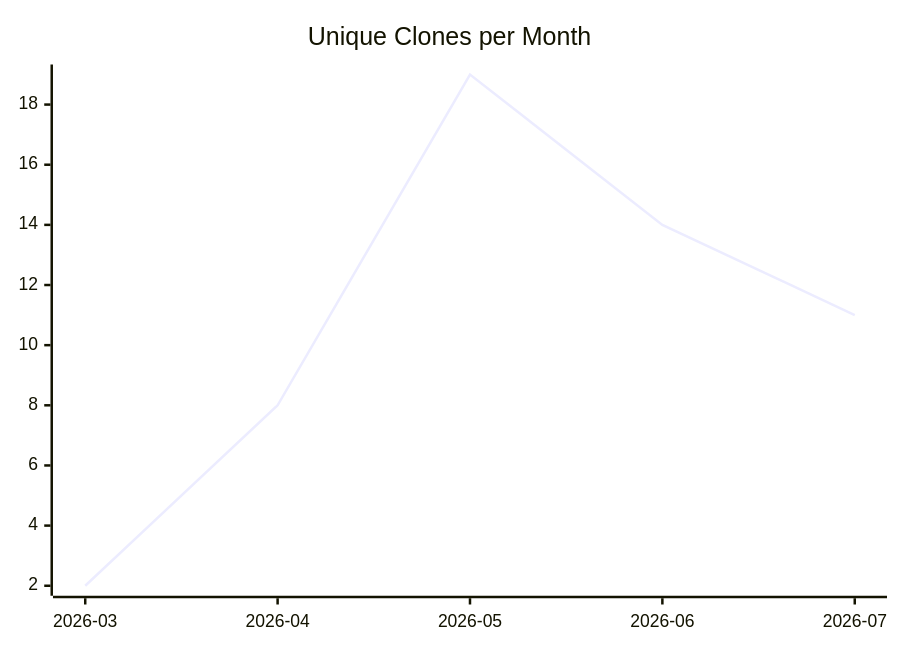
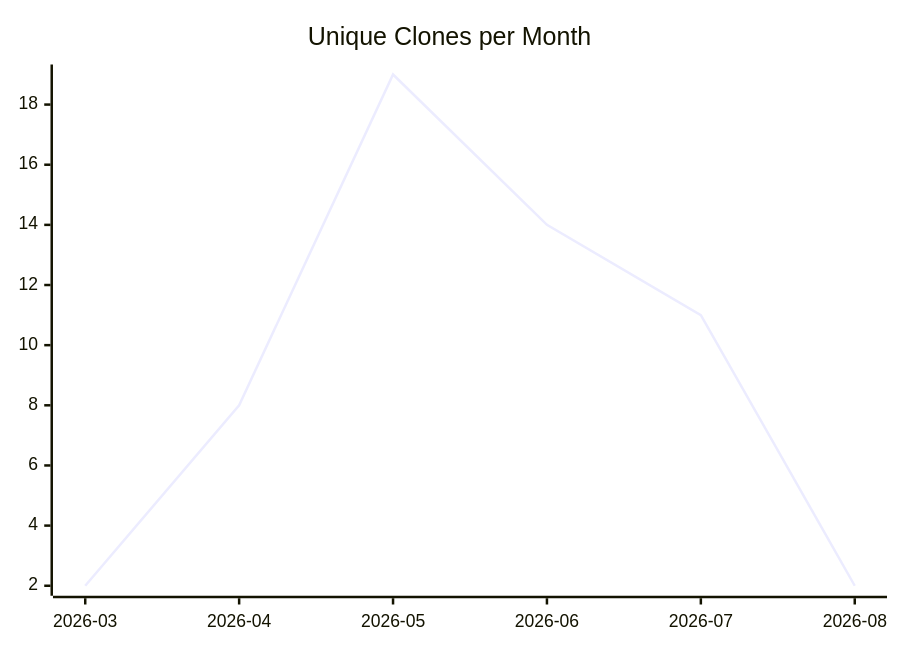
One commit to justdavis-family/github-analytics-data changed the third of 3 diagrams in karlmdavis/rps-tourney/README.md. Above: the diagram before and after it, drawn with Mermaid. The commit also changed other lines of this file and 180 other files, not shown here.

````diff
--- a/karlmdavis/rps-tourney/README.md
+++ b/karlmdavis/rps-tourney/README.md
@@ -19,6 +19,6 @@
 ```mermaid
 xychart-beta
   title "Unique Clones per Month"
-  x-axis ["2026-03", "2026-04", "2026-05", "2026-06", "2026-07"]
-  line [2, 8, 19, 14, 11]
+  x-axis ["2026-03", "2026-04", "2026-05", "2026-06", "2026-07", "2026-08"]
+  line [2, 8, 19, 14, 11, 2]
 ```
````
